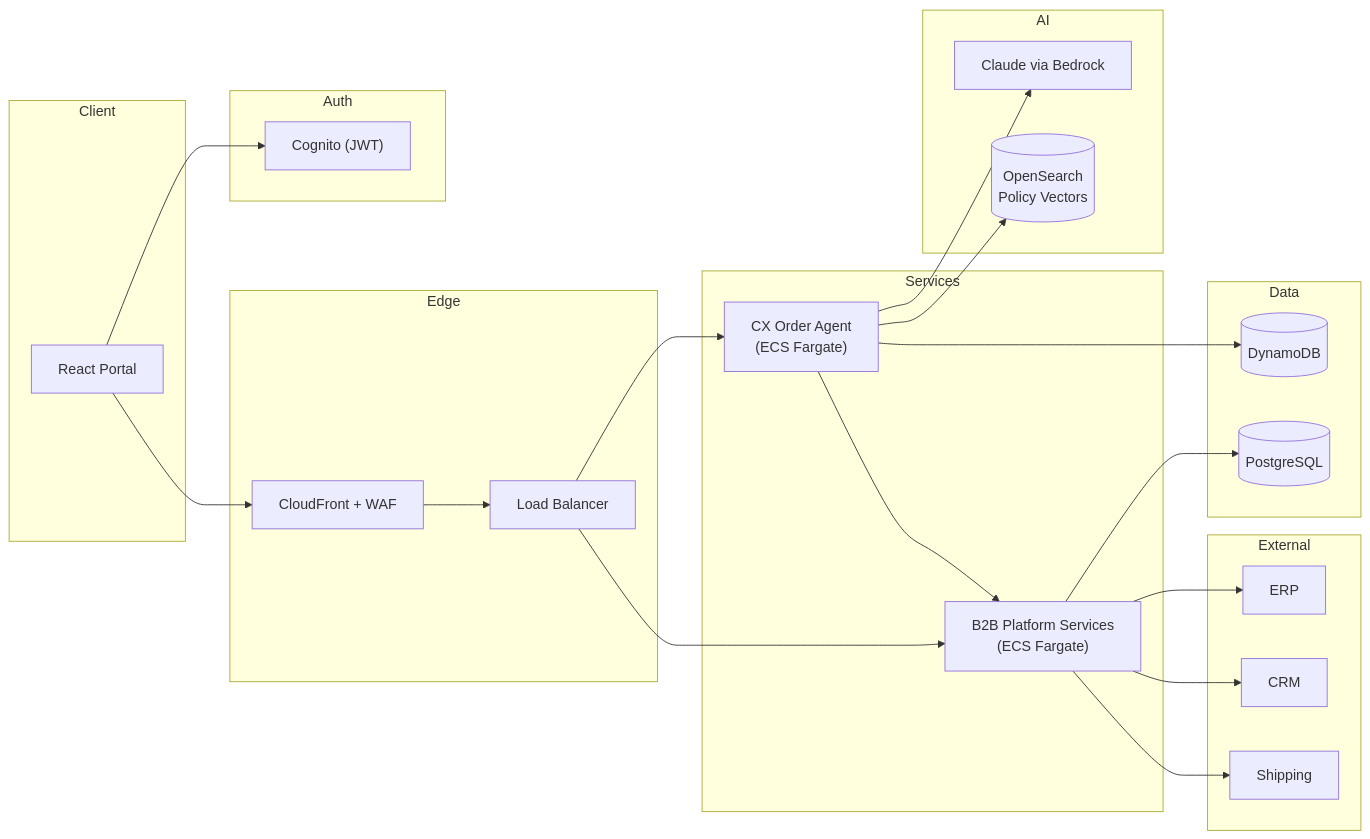
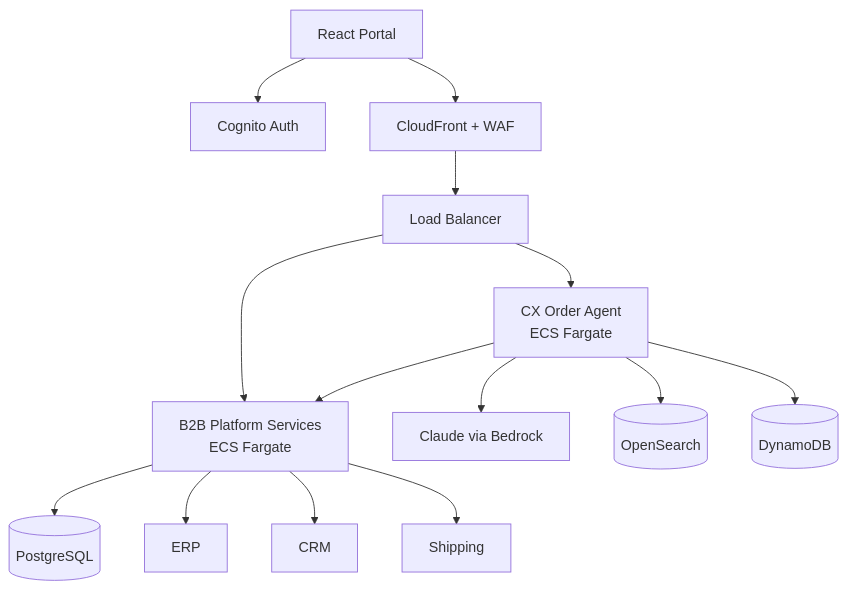
One commit to brandonvio/brightthread changed the first of 2 diagrams in docs/poc.md. Above: the diagram before and after it, drawn with Mermaid. The commit also changed other lines of this file and 1 other file, not shown here.

Commit message:
design docs...

````diff
--- a/docs/poc.md
+++ b/docs/poc.md
@@ -44,49 +44,19 @@
 ```mermaid
-flowchart LR
-    subgraph Client
-        UI[React Portal]
-    end
+flowchart TB
+    UI[React Portal] --> Cognito[Cognito Auth]
+    UI --> CDN[CloudFront + WAF]
+    CDN --> ALB[Load Balancer]
 
-    subgraph Auth
-        Cognito["Cognito (JWT)"]
-    end
+    ALB --> Agent[CX Order Agent<br/>ECS Fargate]
+    ALB --> Platform[B2B Platform Services<br/>ECS Fargate]
 
-    subgraph Edge
-        CDN[CloudFront + WAF]
-        ALB[Load Balancer]
-    end
+    Agent --> Bedrock[Claude via Bedrock]
+    Agent --> OS[(OpenSearch)]
+    Agent --> DDB[(DynamoDB)]
+    Agent --> Platform
 
-    subgraph Services
-        AgentSvc["CX Order Agent<br/>(ECS Fargate)"]
-        PlatformSvc["B2B Platform Services<br/>(ECS Fargate)"]
-    end
-
-    subgraph AI
-        Bedrock[Claude via Bedrock]
-        OS[(OpenSearch<br/>Policy Vectors)]
-    end
-
-    subgraph Data
-        DDB[(DynamoDB)]
-        RDS[(PostgreSQL)]
-    end
-
-    subgraph External
-        ERP[ERP]
-        CRM[CRM]
-        Shipping[Shipping]
-    end
-
-    UI --> Cognito
-    UI --> CDN --> ALB
-    ALB --> AgentSvc
-    ALB --> PlatformSvc
-    AgentSvc --> Bedrock
-    AgentSvc --> OS
-    AgentSvc --> DDB
-    AgentSvc --> PlatformSvc
-    PlatformSvc --> RDS
-    PlatformSvc --> ERP
-    PlatformSvc --> CRM
-    PlatformSvc --> Shipping
+    Platform --> RDS[(PostgreSQL)]
+    Platform --> ERP[ERP]
+    Platform --> CRM[CRM]
+    Platform --> Ship[Shipping]
 ```
````
